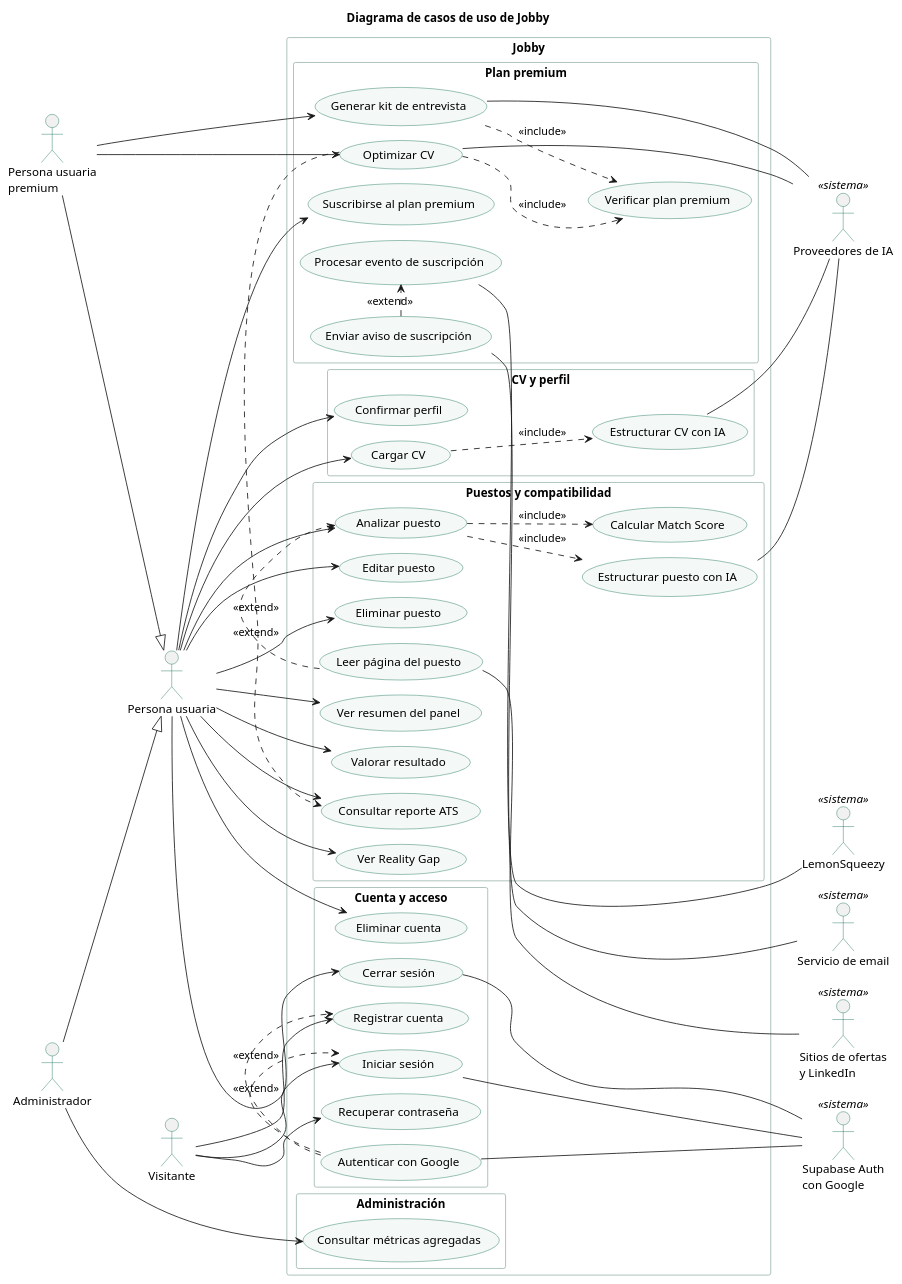
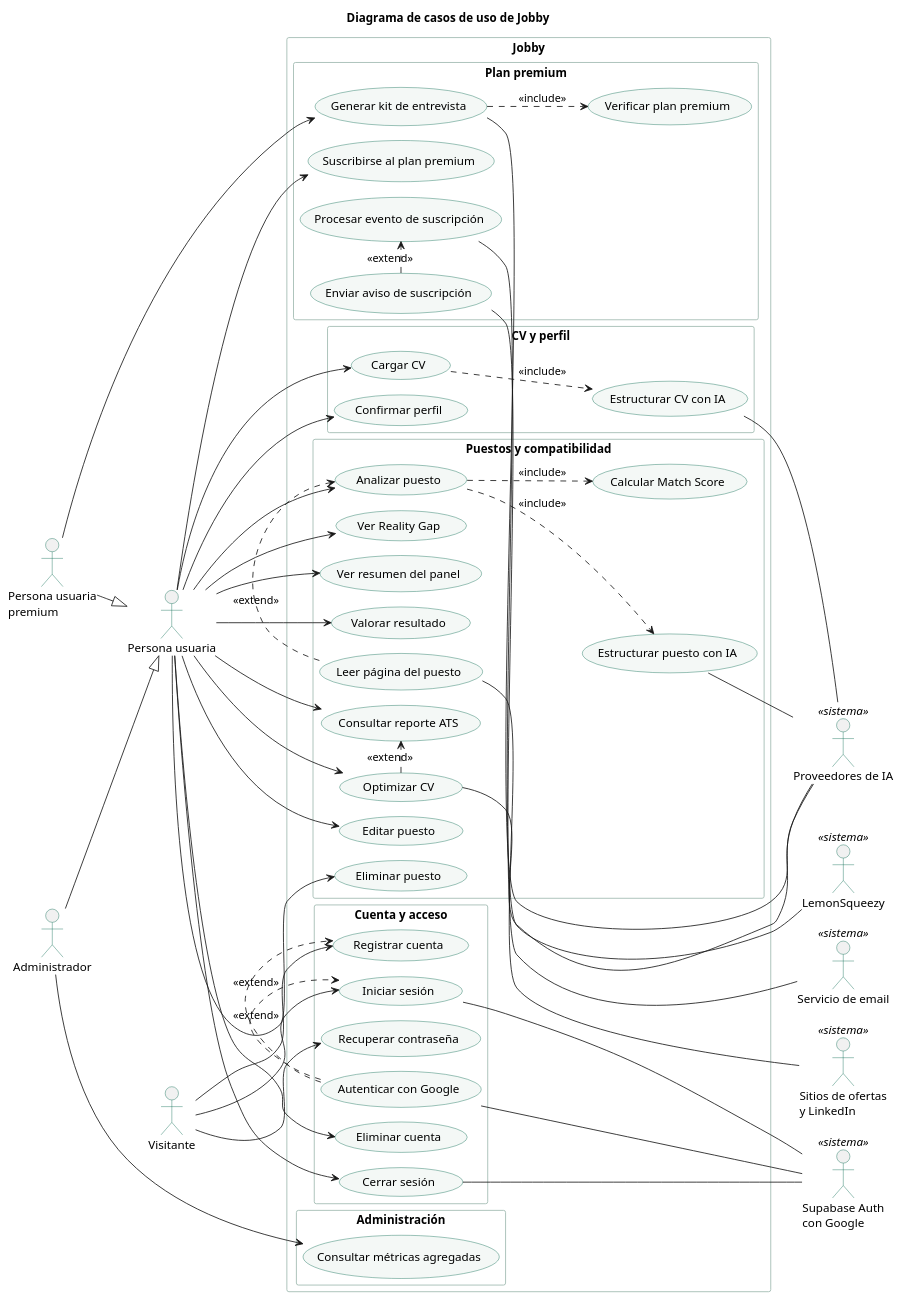
One commit to Buatishi/Jobby changed the diagram in docs/diagramas/casos-de-uso.puml. Above: the diagram before and after it, drawn with PlantUML. The commit also changed 27 other files, not shown here.

```diff
--- a/docs/diagramas/casos-de-uso.puml
+++ b/docs/diagramas/casos-de-uso.puml
@@ -1,115 +1,114 @@
 @startuml
 !pragma layout smetana
 left to right direction
 skinparam shadowing false
 skinparam defaultFontName "Segoe UI"
 skinparam usecase {
   BackgroundColor #F4F8F6
   BorderColor #0F6E56
 }
 skinparam actor {
   BorderColor #0F6E56
 }
 skinparam rectangle {
   BorderColor #9DB8AF
 }
 title Diagrama de casos de uso de Jobby
 
 actor "Visitante" as V
 actor "Persona usuaria" as U
 actor "Persona usuaria\npremium" as P
 actor "Administrador" as A
 
 rectangle "Jobby" {
   rectangle "Cuenta y acceso" {
     usecase "Registrar cuenta" as CU01
     usecase "Iniciar sesión" as CU02
     usecase "Recuperar contraseña" as CU03
     usecase "Autenticar con Google" as CU04
     usecase "Eliminar cuenta" as CU22
     usecase "Cerrar sesión" as CU24
   }
   rectangle "CV y perfil" {
     usecase "Cargar CV" as CU05
     usecase "Estructurar CV con IA" as CU06
     usecase "Confirmar perfil" as CU07
   }
   rectangle "Puestos y compatibilidad" {
     usecase "Analizar puesto" as CU08
     usecase "Editar puesto" as CU25
     usecase "Eliminar puesto" as CU26
     usecase "Leer página del puesto" as CU09
     usecase "Estructurar puesto con IA" as CU10
     usecase "Calcular Match Score" as CU11
     usecase "Consultar reporte ATS" as CU12
+    usecase "Optimizar CV" as CU14
     usecase "Ver Reality Gap" as CU13
     usecase "Ver resumen del panel" as CU17
     usecase "Valorar resultado" as CU18
   }
   rectangle "Plan premium" {
-    usecase "Optimizar CV" as CU14
     usecase "Generar kit de entrevista" as CU15
     usecase "Verificar plan premium" as CU16
     usecase "Suscribirse al plan premium" as CU19
     usecase "Procesar evento de suscripción" as CU20
     usecase "Enviar aviso de suscripción" as CU21
   }
   rectangle "Administración" {
     usecase "Consultar métricas agregadas" as CU23
   }
 }
 
 ' Las asociaciones con «---» son más largas a propósito: dejan a los actores de sistema a la
 ' derecha del rectángulo y no debajo, que alargaba la lámina A3 y achicaba la letra.
 actor "Supabase Auth\ncon Google" as ID <<sistema>>
 actor "Proveedores de IA" as IA <<sistema>>
 actor "Sitios de ofertas\ny LinkedIn" as W <<sistema>>
 actor "LemonSqueezy" as LS <<sistema>>
 actor "Servicio de email" as EM <<sistema>>
 
 P --|> U
 A --|> U
 
 V --> CU01
 V --> CU02
 V --> CU03
 CU04 .> CU01 : <<extend>>
 CU04 .> CU02 : <<extend>>
 
 U --> CU05
 U --> CU07
 U --> CU08
 U --> CU25
 U --> CU26
 U --> CU12
 U --> CU13
 U --> CU17
 U --> CU18
 U --> CU19
 U --> CU22
 U --> CU24
-P --> CU14
+U --> CU14
 P --> CU15
 
 CU05 ..> CU06 : <<include>>
 CU08 ..> CU10 : <<include>>
 CU08 ..> CU11 : <<include>>
 CU09 .> CU08 : <<extend>>
 CU14 .> CU12 : <<extend>>
-CU14 ..> CU16 : <<include>>
 CU15 ..> CU16 : <<include>>
 CU21 .> CU20 : <<extend>>
 
 A --> CU23
 
 CU02 --- ID
 CU24 --- ID
 CU04 --- ID
 CU06 -- IA
 CU10 -- IA
 CU14 -- IA
 CU15 -- IA
 CU09 --- W
 CU20 --- LS
 CU21 --- EM
 @enduml
```
